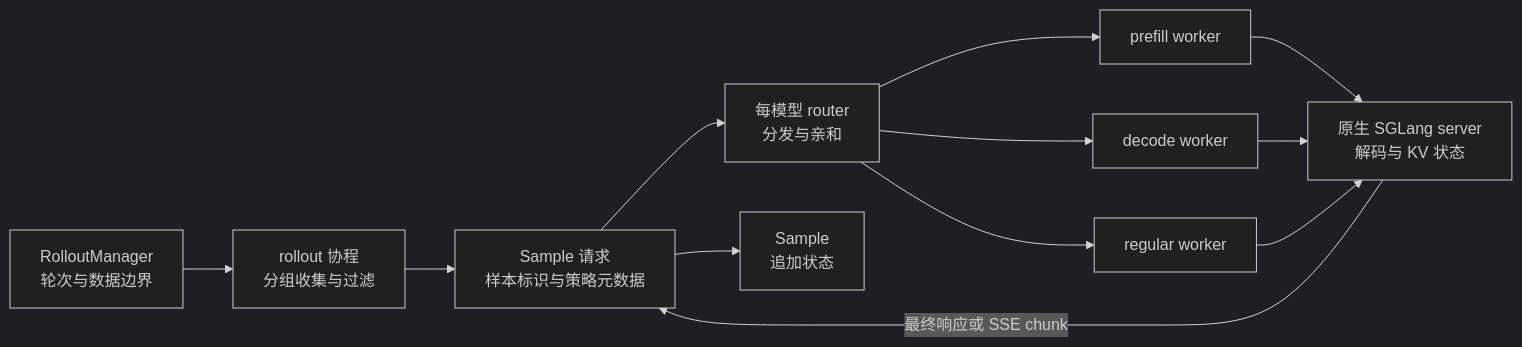
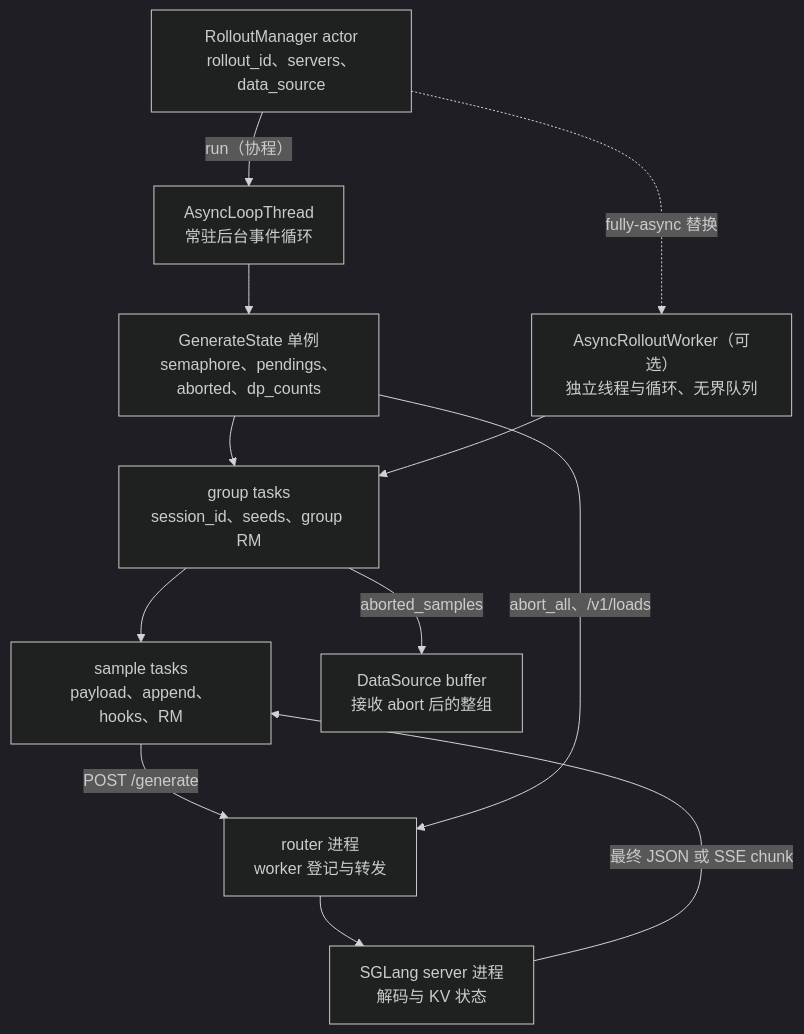
One commit to suhaibo666/llm-knowledge changed the diagram in wiki/02_engineering/04_posttrain_frameworks/slime/13_slime_sglang_rollout_engine_analysis.md. Above: the diagram before and after it, drawn with Mermaid (dark theme). The commit also changed other lines of this file and 89 other files, not shown here.

````diff
--- a/wiki/02_engineering/04_posttrain_frameworks/slime/13_slime_sglang_rollout_engine_analysis.md
+++ b/wiki/02_engineering/04_posttrain_frameworks/slime/13_slime_sglang_rollout_engine_analysis.md
@@ -36,14 +171,19 @@
 ```mermaid
-flowchart LR
-    RM["RolloutManager<br/>轮次与数据边界"] --> GL["rollout 协程<br/>分组收集与过滤"]
-    GL --> RQ["Sample 请求<br/>样本标识与策略元数据"]
-    RQ --> RT["每模型 router<br/>分发与亲和"]
-    RT --> PF["prefill worker"]
-    RT --> DC["decode worker"]
-    RT --> RG["regular worker"]
-    PF --> SG["原生 SGLang server<br/>解码与 KV 状态"]
-    DC --> SG
-    RG --> SG
-    SG -->|最终响应或 SSE chunk| RQ
-    RQ --> SM["Sample<br/>追加状态"]
+flowchart TB
+    RM["RolloutManager actor<br/>rollout_id、servers、data_source"]
+    AL["AsyncLoopThread<br/>常驻后台事件循环"]
+    GS["GenerateState 单例<br/>semaphore、pendings、aborted、dp_counts"]
+    GT["group tasks<br/>session_id、seeds、group RM"]
+    ST["sample tasks<br/>payload、append、hooks、RM"]
+    RT["router 进程<br/>worker 登记与转发"]
+    SV["SGLang server 进程<br/>解码与 KV 状态"]
+    DS["DataSource buffer<br/>接收 abort 后的整组"]
+    AW["AsyncRolloutWorker（可选）<br/>独立线程与循环、无界队列"]
+    RM -->|run（协程）| AL --> GS
+    GS --> GT --> ST
+    ST -->|POST /generate| RT --> SV
+    SV -->|最终 JSON 或 SSE chunk| ST
+    GS -->|abort_all、/v1/loads| RT
+    GT -->|aborted_samples| DS
+    RM -.->|fully-async 替换| AW --> GT
 ```
````
